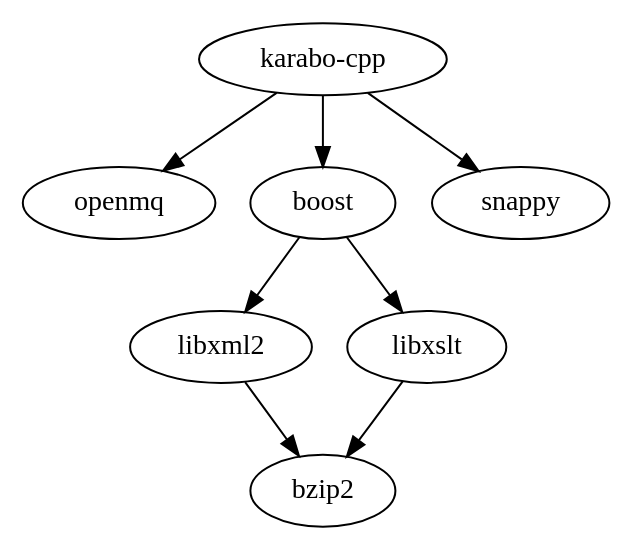
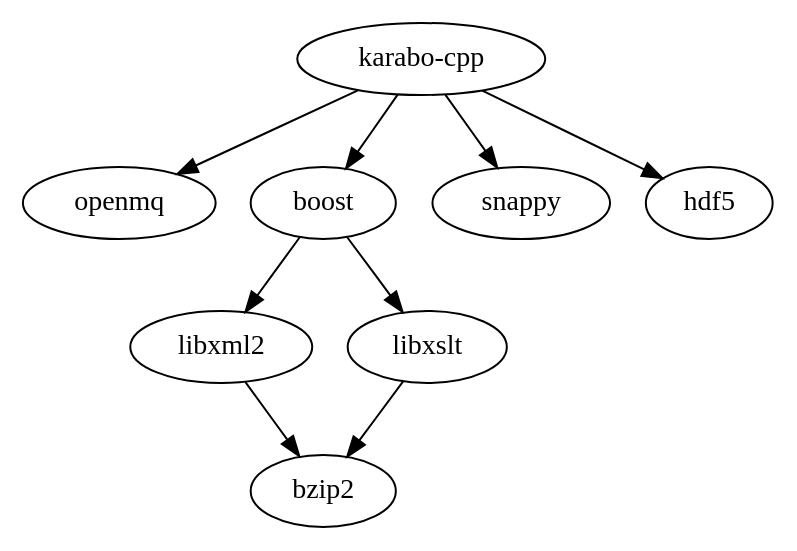
Before and after one commit to European-XFEL/Karabo: the second of 9 diagrams in doc/installation/dependency_management.rst, drawn with Graphviz. The commit also changed other lines of this file, not shown here.

```diff
--- a/doc/installation/dependency_management.rst
+++ b/doc/installation/dependency_management.rst
@@ -401,9 +403,10 @@
 .. digraph:: karabocpp_dependencies
 
     "karabo-cpp" -> "openmq"
     "karabo-cpp" -> "boost"
     "karabo-cpp" -> "snappy"
+    "karabo-cpp" -> "hdf5"
     "boost" -> "libxml2"
     "boost" -> "libxslt"
     "libxml2" -> "bzip2"
     "libxslt" -> "bzip2"
```
